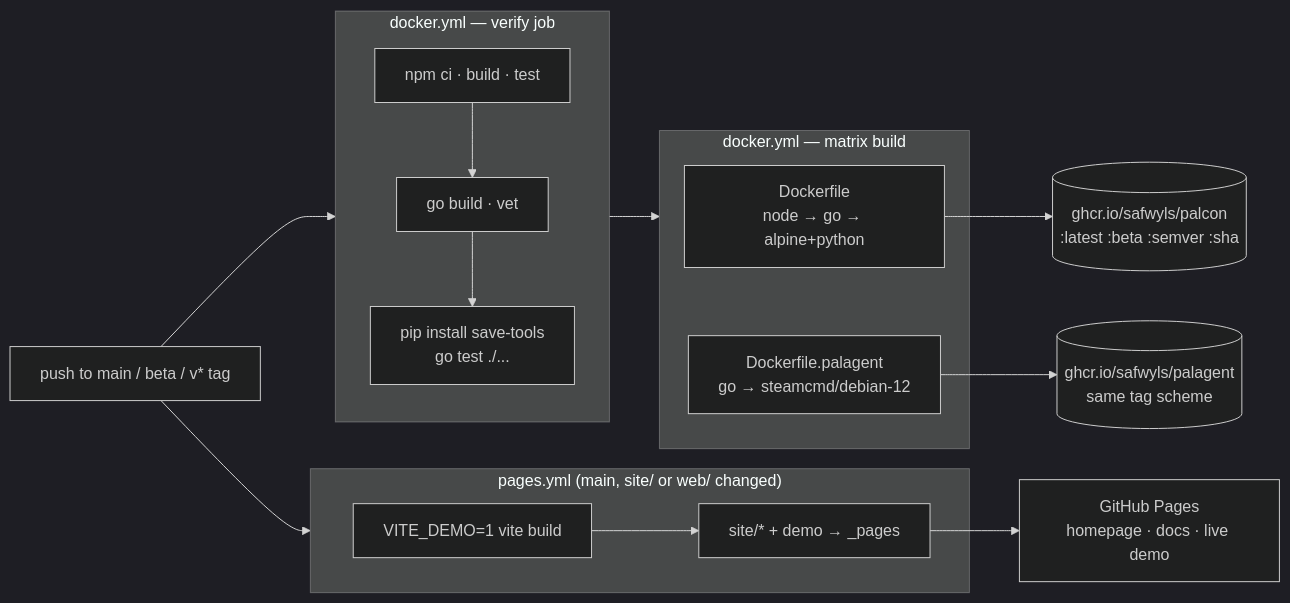
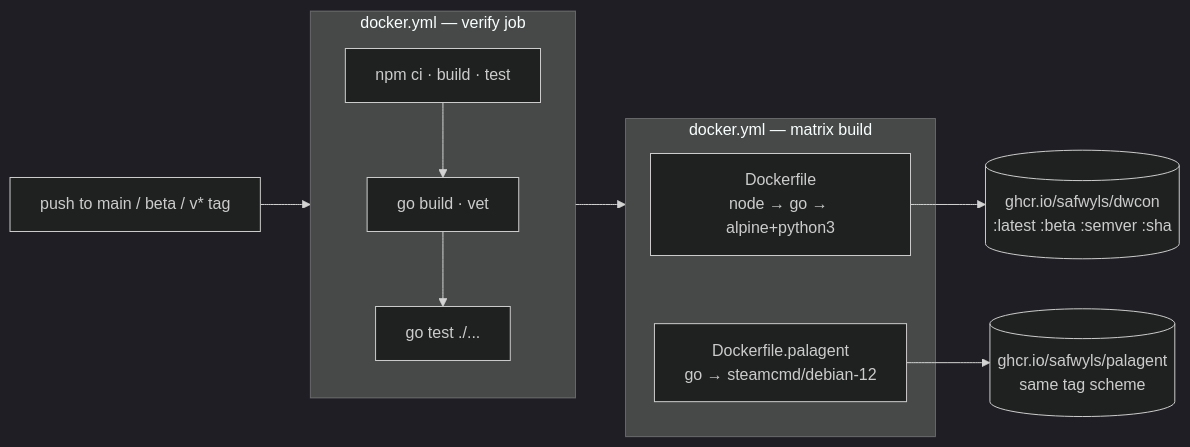
One commit to safwyls/artificer changed the fifth of 5 diagrams in docs/architecture.md. Above: the diagram before and after it, drawn with Mermaid (dark theme). The commit also changed other lines of this file and 39 other files, not shown here.

````diff
--- a/docs/architecture.md
+++ b/docs/architecture.md
@@ -542,27 +634,20 @@
 ```mermaid
 flowchart LR
     trig["push to main / beta / v* tag"]
 
     subgraph verify["docker.yml — verify job"]
-        v1["npm ci · build · test"] --> v2["go build · vet"] --> v3["pip install save-tools<br/>go test ./..."]
+        v1["npm ci · build · test"] --> v2["go build · vet"] --> v3["go test ./..."]
     end
 
     subgraph build["docker.yml — matrix build"]
-        d1["Dockerfile<br/>node → go → alpine+python"]
+        d1["Dockerfile<br/>node → go → alpine+python3"]
         d2["Dockerfile.palagent<br/>go → steamcmd/debian-12"]
     end
 
-    subgraph pages["pages.yml (main, site/ or web/ changed)"]
-        p1["VITE_DEMO=1 vite build"] --> p2["site/* + demo → _pages"]
-    end
-
-    ghcr1[("ghcr.io/safwyls/palcon<br/>:latest :beta :semver :sha")]
+    ghcr1[("ghcr.io/safwyls/dwcon<br/>:latest :beta :semver :sha")]
     ghcr2[("ghcr.io/safwyls/palagent<br/>same tag scheme")]
-    gp["GitHub Pages<br/>homepage · docs · live demo"]
 
     trig --> verify --> build
     d1 --> ghcr1
     d2 --> ghcr2
-    trig --> pages
-    p2 --> gp
 ```
````
